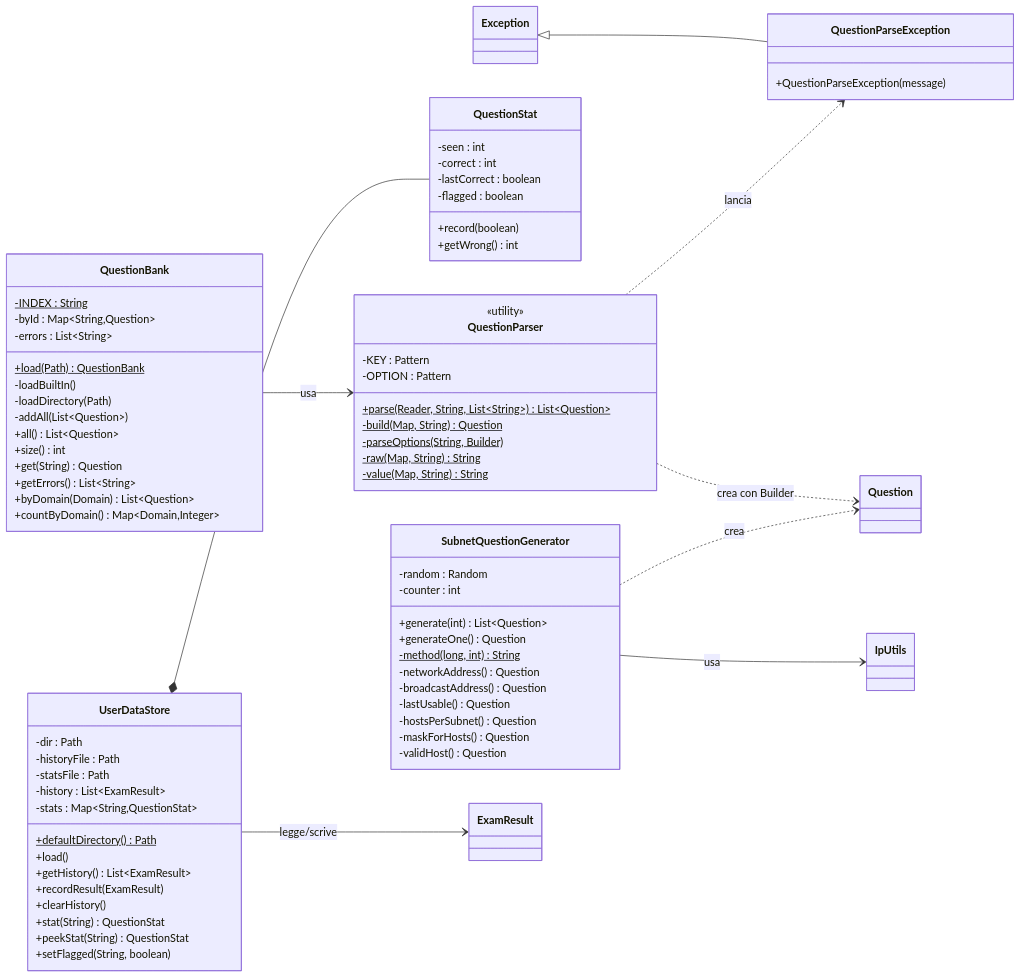
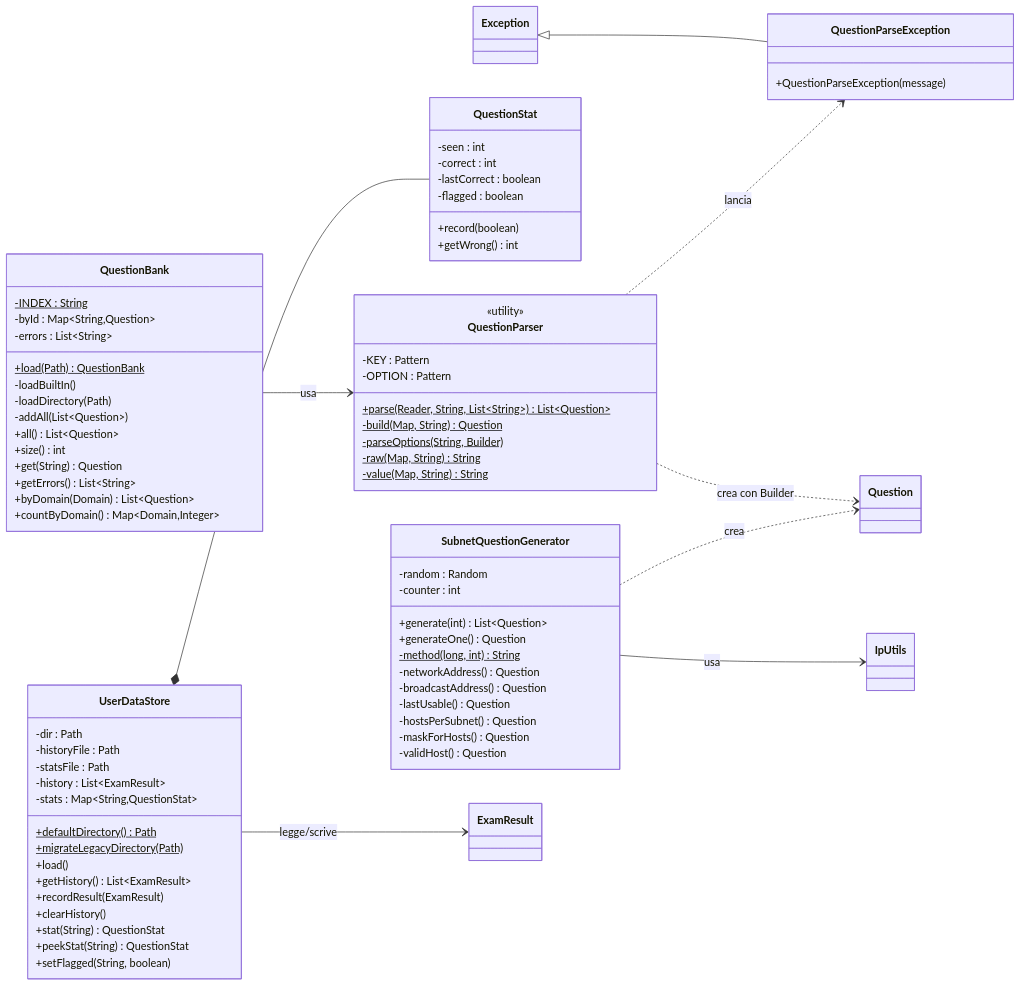
One commit to Fr4nc3Sc0r/ccnaLearning changed the diagram in docs/04-classi-data.md. Above: the diagram before and after it, drawn with Mermaid. The commit also changed other lines of this file and 114 other files, not shown here.

````diff
--- a/docs/04-classi-data.md
+++ b/docs/04-classi-data.md
@@ -6,76 +6,77 @@
 ```mermaid
 classDiagram
     direction LR
     class QuestionParser {
         <<utility>>
         -KEY : Pattern
         -OPTION : Pattern
         +parse(Reader, String, List~String~)$ List~Question~
         -build(Map, String)$ Question
         -parseOptions(String, Builder)$
         -raw(Map, String)$ String
         -value(Map, String)$ String
     }
     class QuestionParseException {
         +QuestionParseException(message)
     }
     class QuestionBank {
         -INDEX : String$
         -byId : Map~String,Question~
         -errors : List~String~
         +load(Path)$ QuestionBank
         -loadBuiltIn()
         -loadDirectory(Path)
         -addAll(List~Question~)
         +all() List~Question~
         +size() int
         +get(String) Question
         +getErrors() List~String~
         +byDomain(Domain) List~Question~
         +countByDomain() Map~Domain,Integer~
     }
     class QuestionStat {
         -seen : int
         -correct : int
         -lastCorrect : boolean
         -flagged : boolean
         +record(boolean)
         +getWrong() int
     }
     class UserDataStore {
         -dir : Path
         -historyFile : Path
         -statsFile : Path
         -history : List~ExamResult~
         -stats : Map~String,QuestionStat~
         +defaultDirectory()$ Path
+        +migrateLegacyDirectory(Path)$
         +load()
         +getHistory() List~ExamResult~
         +recordResult(ExamResult)
         +clearHistory()
         +stat(String) QuestionStat
         +peekStat(String) QuestionStat
         +setFlagged(String, boolean)
     }
     class SubnetQuestionGenerator {
         -random : Random
         -counter : int
         +generate(int) List~Question~
         +generateOne() Question
         -method(long, int)$ String
         -networkAddress() Question
         -broadcastAddress() Question
         -lastUsable() Question
         -hostsPerSubnet() Question
         -maskForHosts() Question
         -validHost() Question
     }
     Exception <|-- QuestionParseException
     QuestionBank --> QuestionParser : usa
     QuestionParser ..> QuestionParseException : lancia
     QuestionParser ..> Question : crea con Builder
     UserDataStore *-- QuestionStat
     UserDataStore --> ExamResult : legge/scrive
     SubnetQuestionGenerator ..> Question : crea
     SubnetQuestionGenerator --> IpUtils : usa
 ```
````
